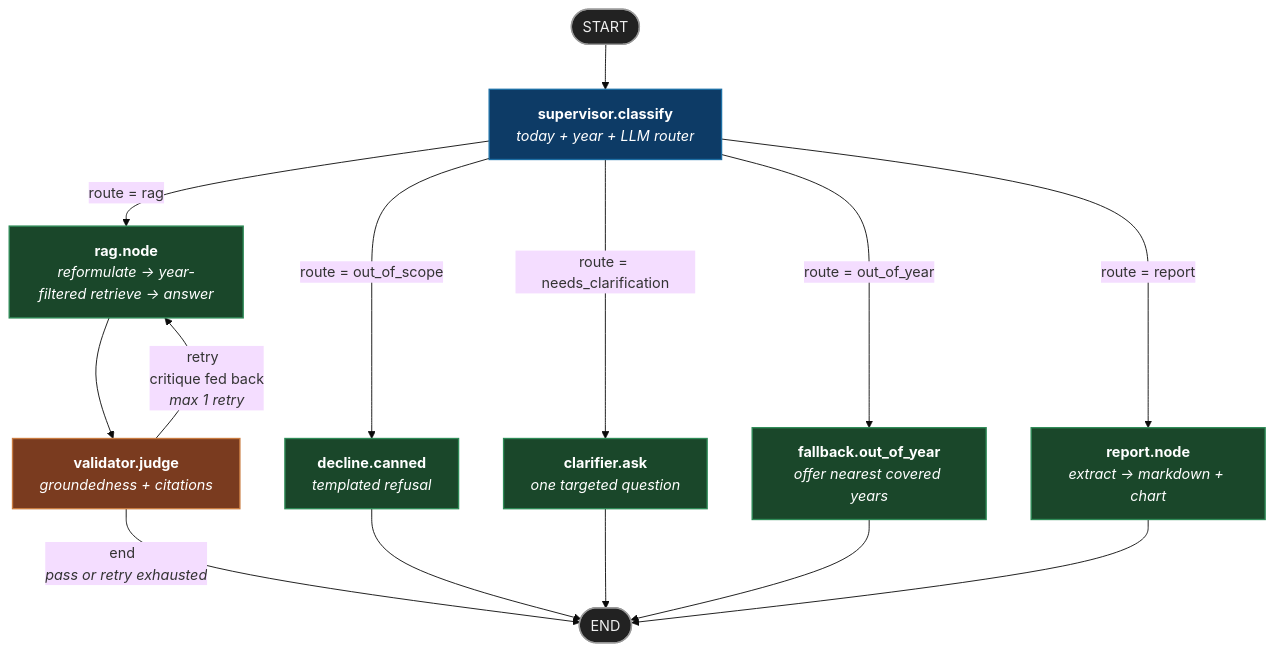
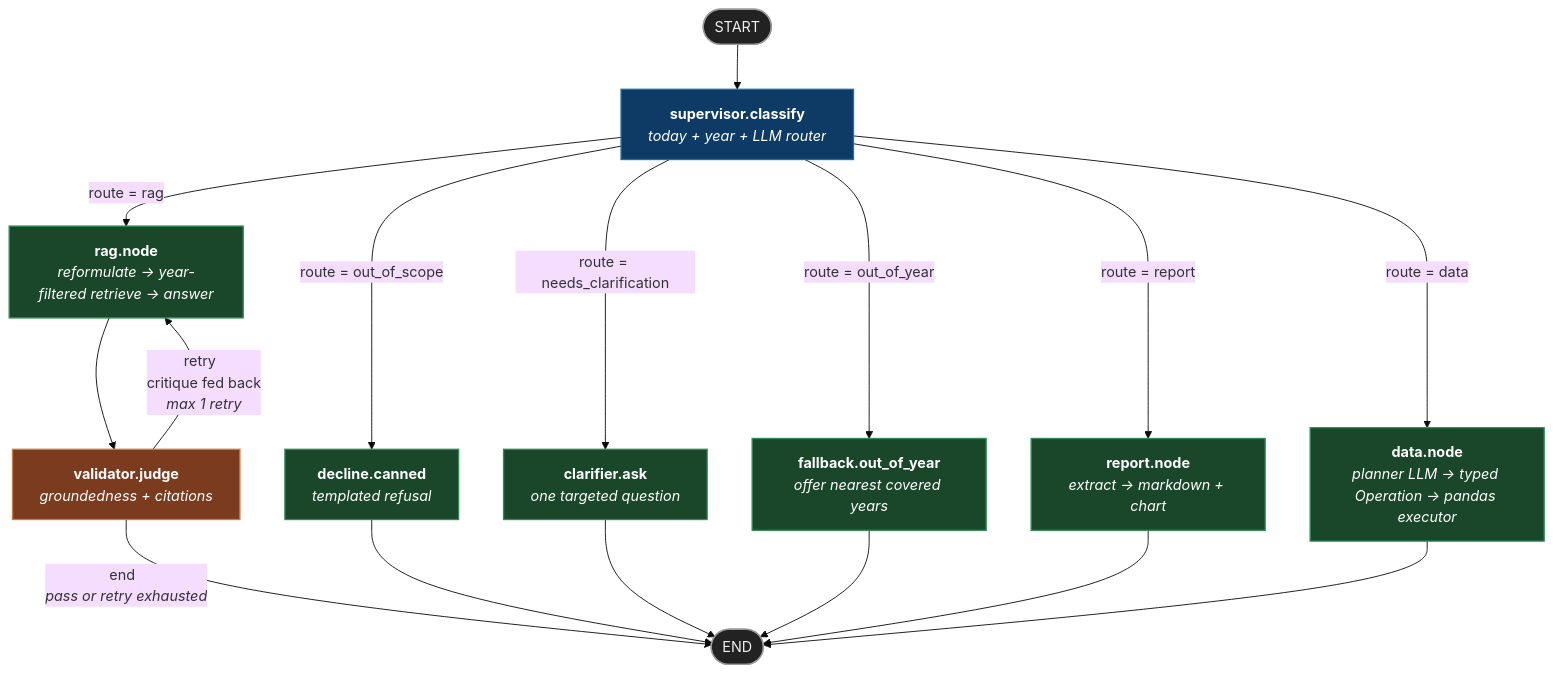
The diagram in GRAPH.md (AlexandrosPlessias/insurance-agent-rag-poc), drawn with Mermaid (base theme) before and after one commit. The commit also changed other lines of this file and 3 other files, not shown here.

First line of the commit message:
Phase 8 - Step 9: smoke test cases + README/GRAPH/topology docs

````diff
--- a/GRAPH.md
+++ b/GRAPH.md
@@ -13,34 +13,37 @@
 ```mermaid
 flowchart TD
     START([START]):::terminal --> supervisor
 
     supervisor[<b>supervisor.classify</b><br/><i>today + year + LLM router</i>]:::router
 
     supervisor -->|route = out_of_scope| decline
     supervisor -->|route = report| report
+    supervisor -->|route = data| data
     supervisor -->|route = needs_clarification| clarifier
     supervisor -->|route = out_of_year| fallback
     supervisor -->|route = rag| rag
 
     decline[<b>decline.canned</b><br/><i>templated refusal</i>]:::worker
     clarifier[<b>clarifier.ask</b><br/><i>one targeted question</i>]:::worker
     fallback[<b>fallback.out_of_year</b><br/><i>offer nearest covered years</i>]:::worker
     report[<b>report.node</b><br/><i>extract → markdown + chart</i>]:::worker
+    data[<b>data.node</b><br/><i>planner LLM → typed Operation → pandas executor</i>]:::worker
     rag[<b>rag.node</b><br/><i>reformulate → year-filtered retrieve → answer</i>]:::worker
 
     rag --> validator
     validator[<b>validator.judge</b><br/><i>groundedness + citations</i>]:::guard
 
     validator -->|retry &nbsp;<br/>critique fed back<br/><i>max 1 retry</i>| rag
     validator -->|end &nbsp;<br/><i>pass or retry exhausted</i>| FINISH
 
     decline --> FINISH([END]):::terminal
     clarifier --> FINISH
     fallback --> FINISH
     report --> FINISH
+    data --> FINISH
 
     classDef router fill:#0d3b66,stroke:#1d6fa5,color:#fff,stroke-width:1.5px;
     classDef worker fill:#1a472a,stroke:#2e8b57,color:#fff,stroke-width:1.5px;
     classDef guard fill:#7a3b1f,stroke:#c97b40,color:#fff,stroke-width:1.5px;
     classDef terminal fill:#222,stroke:#999,color:#eee,stroke-width:1.5px;
 ```
````
